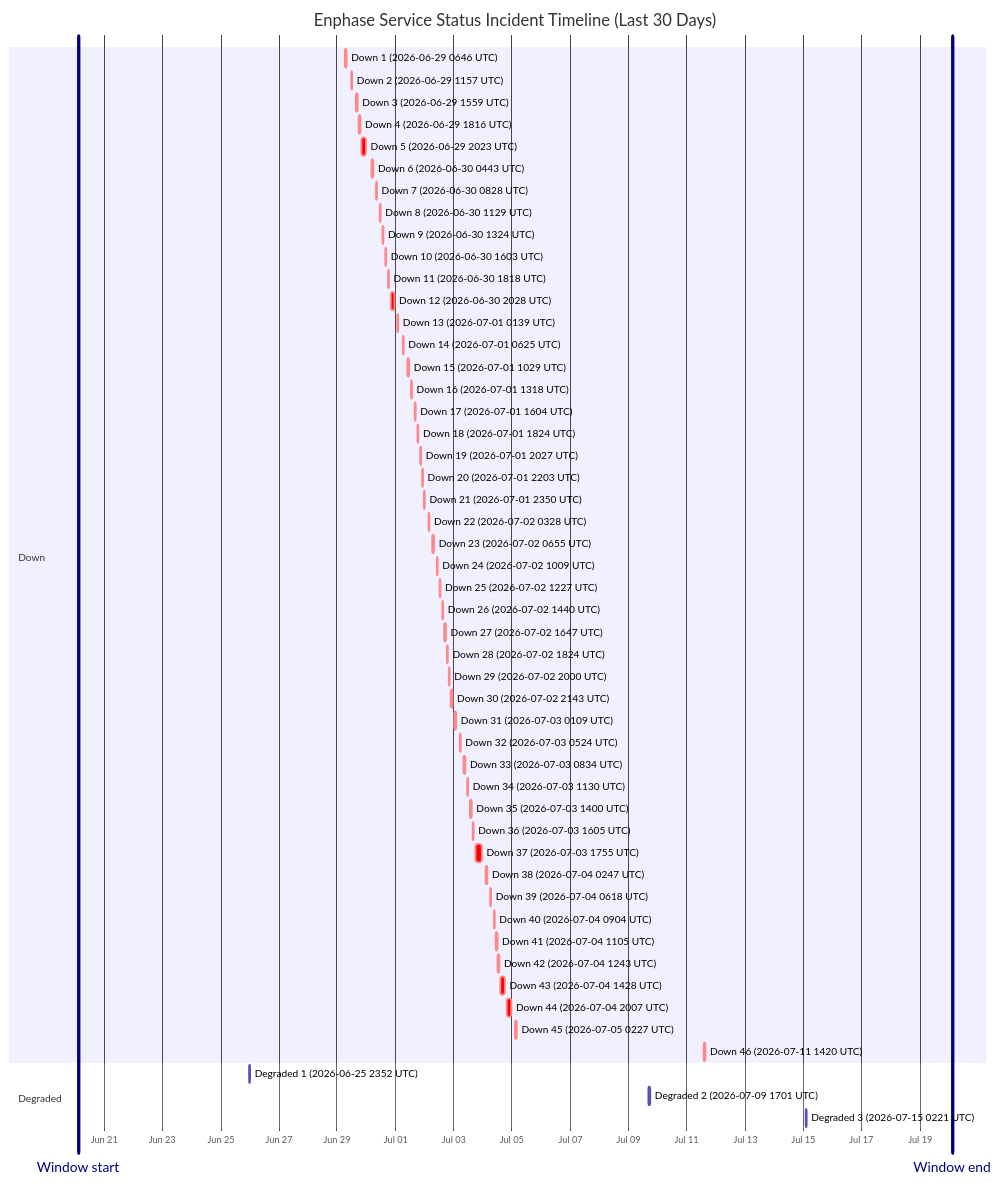
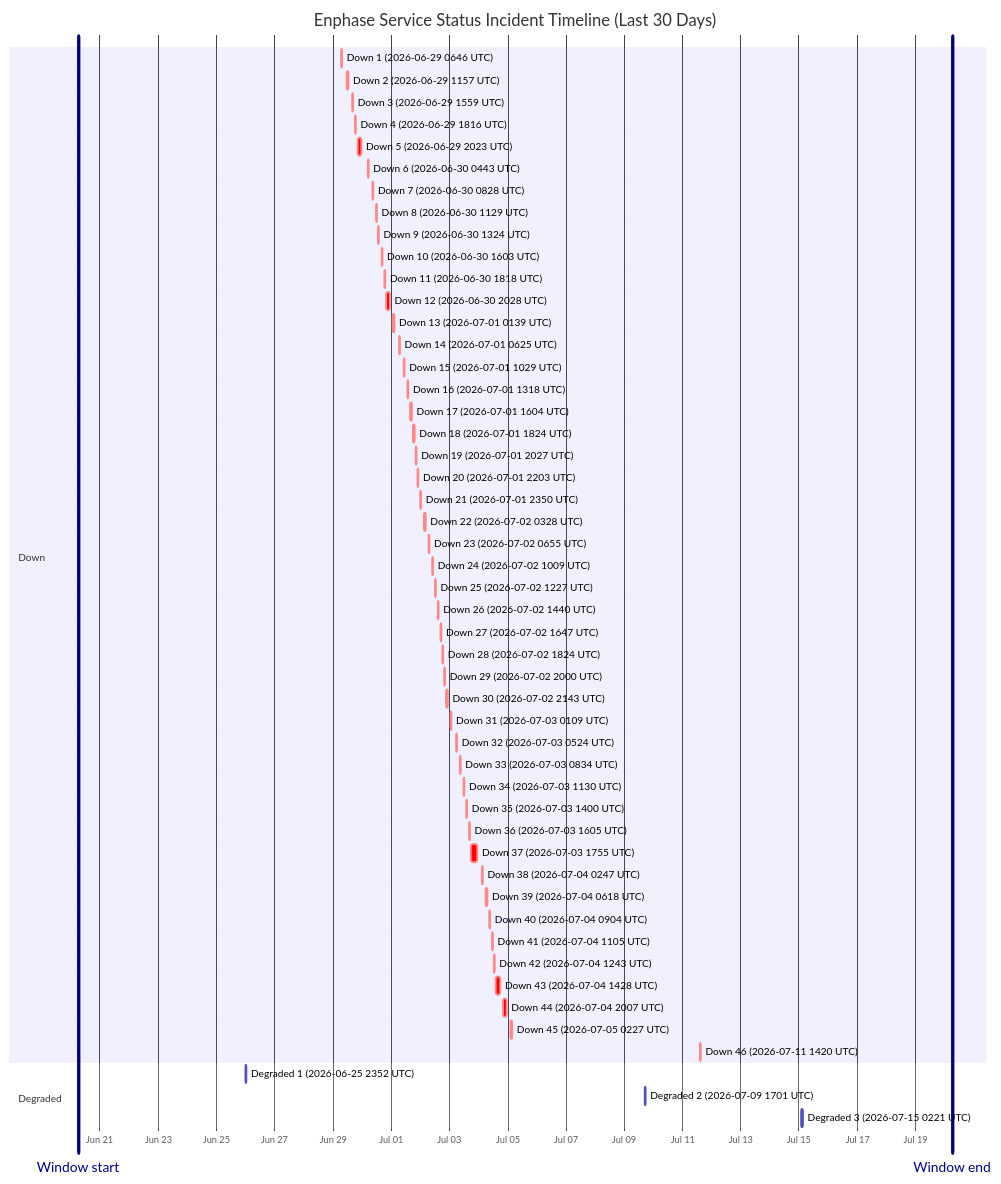
The diagram in wiki/Service-Status-History.md (barneyonline/ha-enphase-energy), drawn with Mermaid before and after one commit. The commit also changed other lines of this file and 3 other files, not shown here.

````diff
--- a/wiki/Service-Status-History.md
+++ b/wiki/Service-Status-History.md
@@ -14,59 +14,59 @@
 ```mermaid
 gantt
     title Enphase Service Status Incident Timeline (Last 30 Days)
     dateFormat  YYYY-MM-DDTHH:mm:ss
     axisFormat  %b %d
-    Window start :vert, window-start, 2026-06-20T02:49:29, 0ms
-    Window end :vert, window-end, 2026-07-20T02:49:29, 0ms
+    Window start :vert, window-start, 2026-06-20T06:16:52, 0ms
+    Window end :vert, window-end, 2026-07-20T06:16:52, 0ms
     section Down
     Down 1 (2026-06-29 0646 UTC) :crit, down-1, 2026-06-29T06:46:18, 60m
     Down 2 (2026-06-29 1157 UTC) :crit, down-2, 2026-06-29T11:57:36, 60m
     Down 3 (2026-06-29 1559 UTC) :crit, down-3, 2026-06-29T15:59:02, 60m
     Down 4 (2026-06-29 1816 UTC) :crit, down-4, 2026-06-29T18:16:38, 60m
     Down 5 (2026-06-29 2023 UTC) :crit, down-5, 2026-06-29T20:23:16, 220m
     Down 6 (2026-06-30 0443 UTC) :crit, down-6, 2026-06-30T04:43:54, 60m
     Down 7 (2026-06-30 0828 UTC) :crit, down-7, 2026-06-30T08:28:43, 60m
     Down 8 (2026-06-30 1129 UTC) :crit, down-8, 2026-06-30T11:29:15, 60m
     Down 9 (2026-06-30 1324 UTC) :crit, down-9, 2026-06-30T13:24:25, 60m
     Down 10 (2026-06-30 1603 UTC) :crit, down-10, 2026-06-30T16:03:26, 60m
     Down 11 (2026-06-30 1818 UTC) :crit, down-11, 2026-06-30T18:18:39, 60m
     Down 12 (2026-06-30 2028 UTC) :crit, down-12, 2026-06-30T20:28:54, 171m
     Down 13 (2026-07-01 0139 UTC) :crit, down-13, 2026-07-01T01:39:18, 60m
     Down 14 (2026-07-01 0625 UTC) :crit, down-14, 2026-07-01T06:25:35, 60m
     Down 15 (2026-07-01 1029 UTC) :crit, down-15, 2026-07-01T10:29:24, 60m
     Down 16 (2026-07-01 1318 UTC) :crit, down-16, 2026-07-01T13:18:31, 60m
     Down 17 (2026-07-01 1604 UTC) :crit, down-17, 2026-07-01T16:04:29, 60m
     Down 18 (2026-07-01 1824 UTC) :crit, down-18, 2026-07-01T18:24:21, 60m
     Down 19 (2026-07-01 2027 UTC) :crit, down-19, 2026-07-01T20:27:17, 60m
     Down 20 (2026-07-01 2203 UTC) :crit, down-20, 2026-07-01T22:03:46, 60m
     Down 21 (2026-07-01 2350 UTC) :crit, down-21, 2026-07-01T23:50:52, 60m
     Down 22 (2026-07-02 0328 UTC) :crit, down-22, 2026-07-02T03:28:33, 60m
     Down 23 (2026-07-02 0655 UTC) :crit, down-23, 2026-07-02T06:55:07, 60m
     Down 24 (2026-07-02 1009 UTC) :crit, down-24, 2026-07-02T10:09:15, 60m
     Down 25 (2026-07-02 1227 UTC) :crit, down-25, 2026-07-02T12:27:49, 60m
     Down 26 (2026-07-02 1440 UTC) :crit, down-26, 2026-07-02T14:40:53, 60m
     Down 27 (2026-07-02 1647 UTC) :crit, down-27, 2026-07-02T16:47:47, 60m
     Down 28 (2026-07-02 1824 UTC) :crit, down-28, 2026-07-02T18:24:26, 60m
     Down 29 (2026-07-02 2000 UTC) :crit, down-29, 2026-07-02T20:00:57, 60m
     Down 30 (2026-07-02 2143 UTC) :crit, down-30, 2026-07-02T21:43:52, 80m
     Down 31 (2026-07-03 0109 UTC) :crit, down-31, 2026-07-03T01:09:19, 60m
     Down 32 (2026-07-03 0524 UTC) :crit, down-32, 2026-07-03T05:24:23, 60m
     Down 33 (2026-07-03 0834 UTC) :crit, down-33, 2026-07-03T08:34:05, 60m
     Down 34 (2026-07-03 1130 UTC) :crit, down-34, 2026-07-03T11:30:41, 60m
     Down 35 (2026-07-03 1400 UTC) :crit, down-35, 2026-07-03T14:00:48, 60m
     Down 36 (2026-07-03 1605 UTC) :crit, down-36, 2026-07-03T16:05:49, 60m
     Down 37 (2026-07-03 1755 UTC) :crit, down-37, 2026-07-03T17:55:54, 338m
     Down 38 (2026-07-04 0247 UTC) :crit, down-38, 2026-07-04T02:47:22, 60m
     Down 39 (2026-07-04 0618 UTC) :crit, down-39, 2026-07-04T06:18:09, 60m
     Down 40 (2026-07-04 0904 UTC) :crit, down-40, 2026-07-04T09:04:41, 60m
     Down 41 (2026-07-04 1105 UTC) :crit, down-41, 2026-07-04T11:05:21, 60m
     Down 42 (2026-07-04 1243 UTC) :crit, down-42, 2026-07-04T12:43:25, 60m
     Down 43 (2026-07-04 1428 UTC) :crit, down-43, 2026-07-04T14:28:07, 243m
     Down 44 (2026-07-04 2007 UTC) :crit, down-44, 2026-07-04T20:07:50, 206m
     Down 45 (2026-07-05 0227 UTC) :crit, down-45, 2026-07-05T02:27:32, 109m
     Down 46 (2026-07-11 1420 UTC) :crit, down-46, 2026-07-11T14:20:54, 69m
     section Degraded
     Degraded 1 (2026-06-25 2352 UTC) :active, degraded-1, 2026-06-25T23:52:01, 60m
     Degraded 2 (2026-07-09 1701 UTC) :active, degraded-2, 2026-07-09T17:01:02, 60m
     Degraded 3 (2026-07-15 0221 UTC) :active, degraded-3, 2026-07-15T02:21:35, 60m
 ```
````
